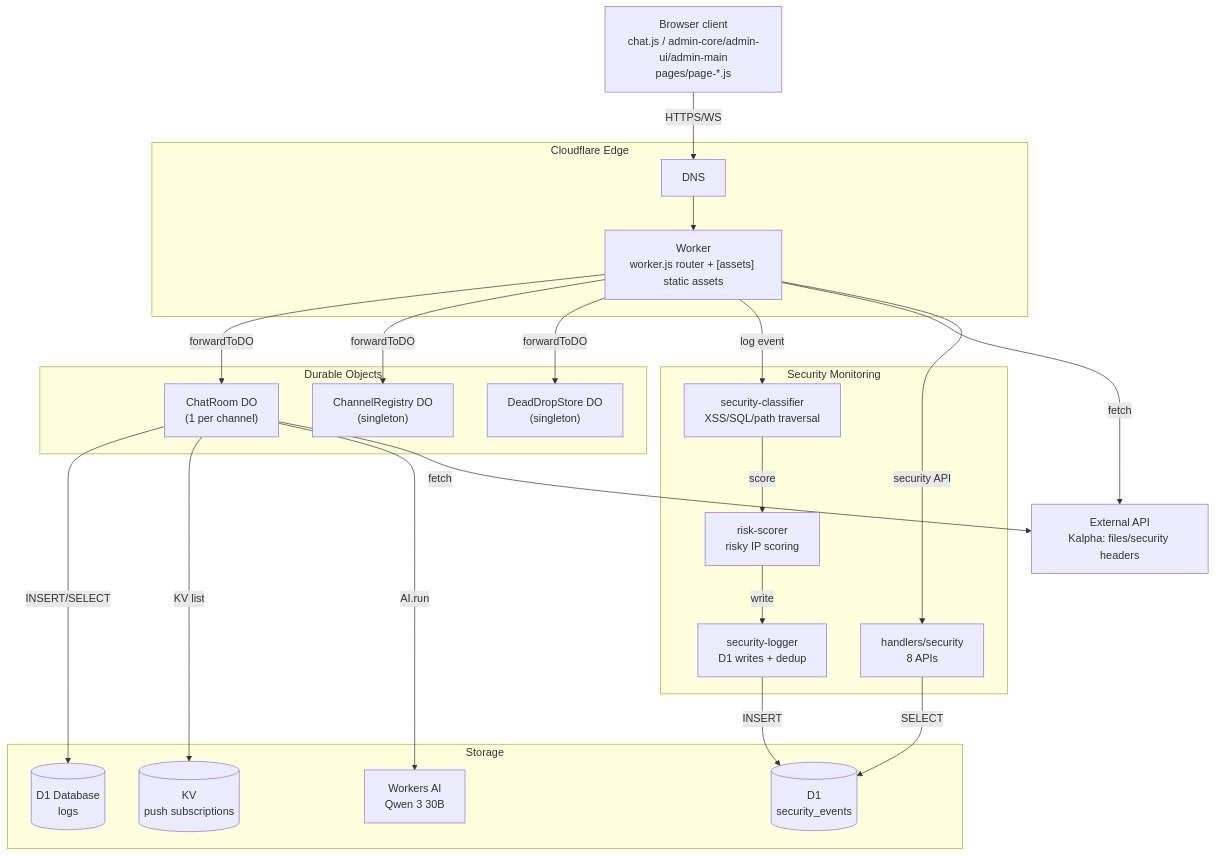
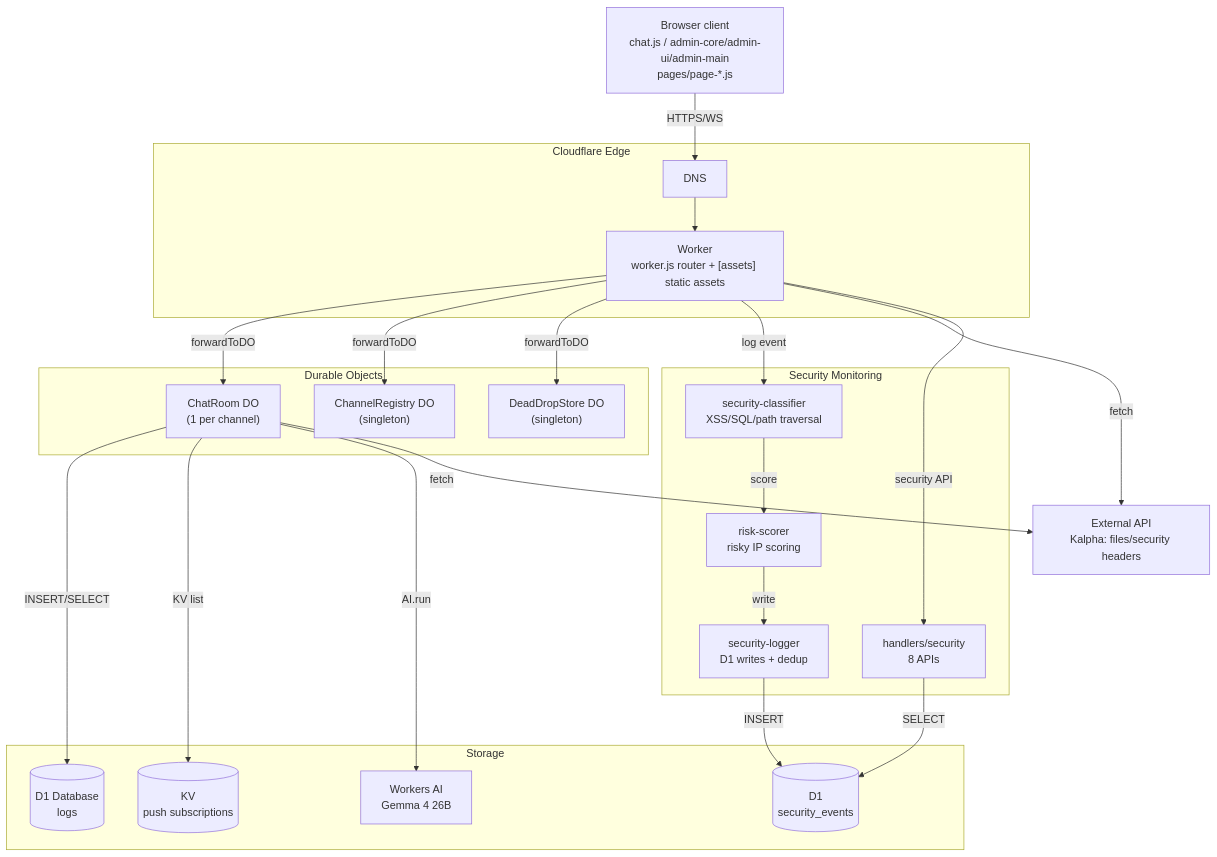
Before and after one commit to gguatit/Anonymous_Chat: the first of 7 diagrams in docs/ARCHITECTURE.en.md, drawn with Mermaid. The commit also changed other lines of this file and 10 other files, not shown here.

First line of the commit message:
fix: Workers AI 단종 대응 모델 교체 (Gemma 4 26B + Qwen 3.8 27B)

````diff
--- a/docs/ARCHITECTURE.en.md
+++ b/docs/ARCHITECTURE.en.md
@@ -25,51 +25,51 @@
 ```mermaid
 flowchart TB
     Client[Browser client<br/>chat.js / admin-core/admin-ui/admin-main<br/>pages/page-*.js]
 
     subgraph Edge["Cloudflare Edge"]
         DNS[DNS]
         Worker["Worker<br/>worker.js router + [assets] static assets"]
     end
 
     subgraph DO["Durable Objects"]
         ChatRoom["ChatRoom DO<br/>(1 per channel)"]
         ChannelReg["ChannelRegistry DO<br/>(singleton)"]
         DeadDrop["DeadDropStore DO<br/>(singleton)"]
     end
 
     subgraph Storage["Storage"]
         D1[(D1 Database<br/>logs)]
         D1_sec[(D1<br/>security_events)]
         KV[(KV<br/>push subscriptions)]
-        AI[Workers AI<br/>Qwen 3 30B]
+        AI[Workers AI<br/>Gemma 4 26B]
     end
 
     External[External API<br/>Kalpha: files/security headers]
 
     subgraph Security["Security Monitoring"]
         Classifier[security-classifier<br/>XSS/SQL/path traversal]
         Scorer[risk-scorer<br/>risky IP scoring]
         SecLogger[security-logger<br/>D1 writes + dedup]
         SecAPI[handlers/security<br/>8 APIs]
     end
 
     Client -->|HTTPS/WS| DNS
     DNS --> Worker
 
     Worker -->|forwardToDO| ChatRoom
     Worker -->|forwardToDO| ChannelReg
     Worker -->|forwardToDO| DeadDrop
 
     ChatRoom -->|INSERT/SELECT| D1
     ChatRoom -->|KV list| KV
     ChatRoom -->|AI.run| AI
     ChatRoom -->|fetch| External
 
     Worker -->|log event| Classifier
     Classifier -->|score| Scorer
     Scorer -->|write| SecLogger
     SecLogger -->|INSERT| D1_sec
     SecAPI -->|SELECT| D1_sec
     Worker -->|fetch| External
     Worker -->|security API| SecAPI
 ```
````
